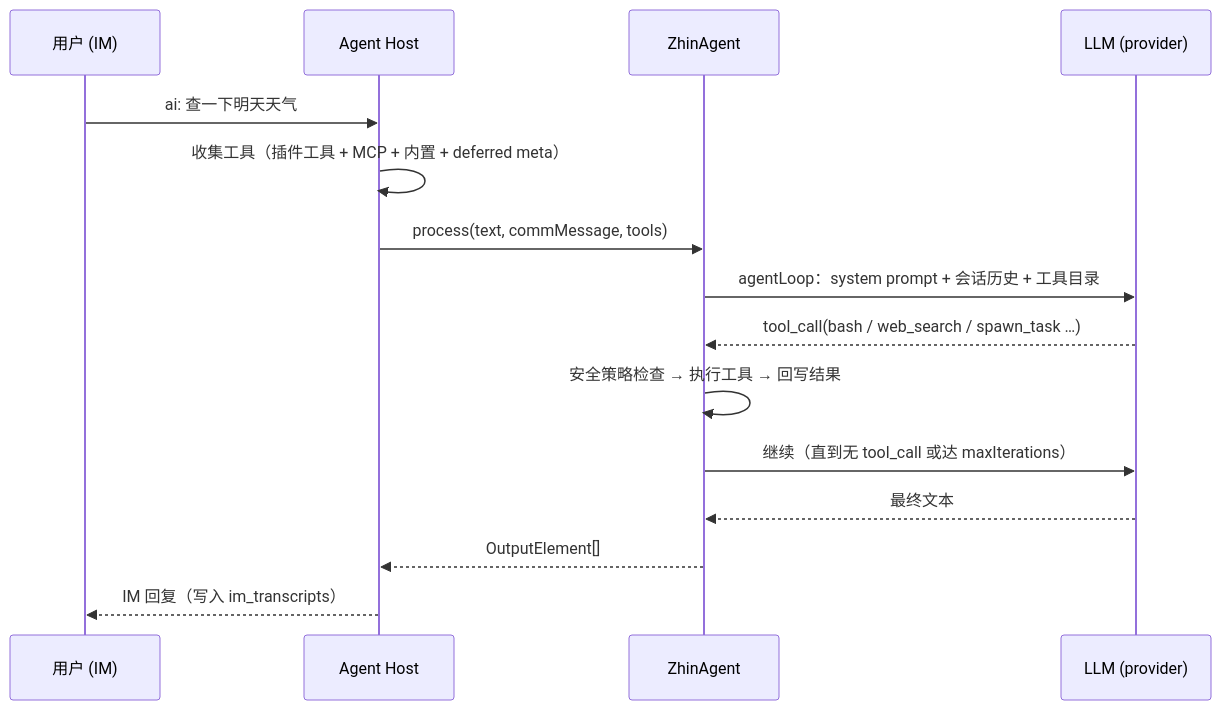
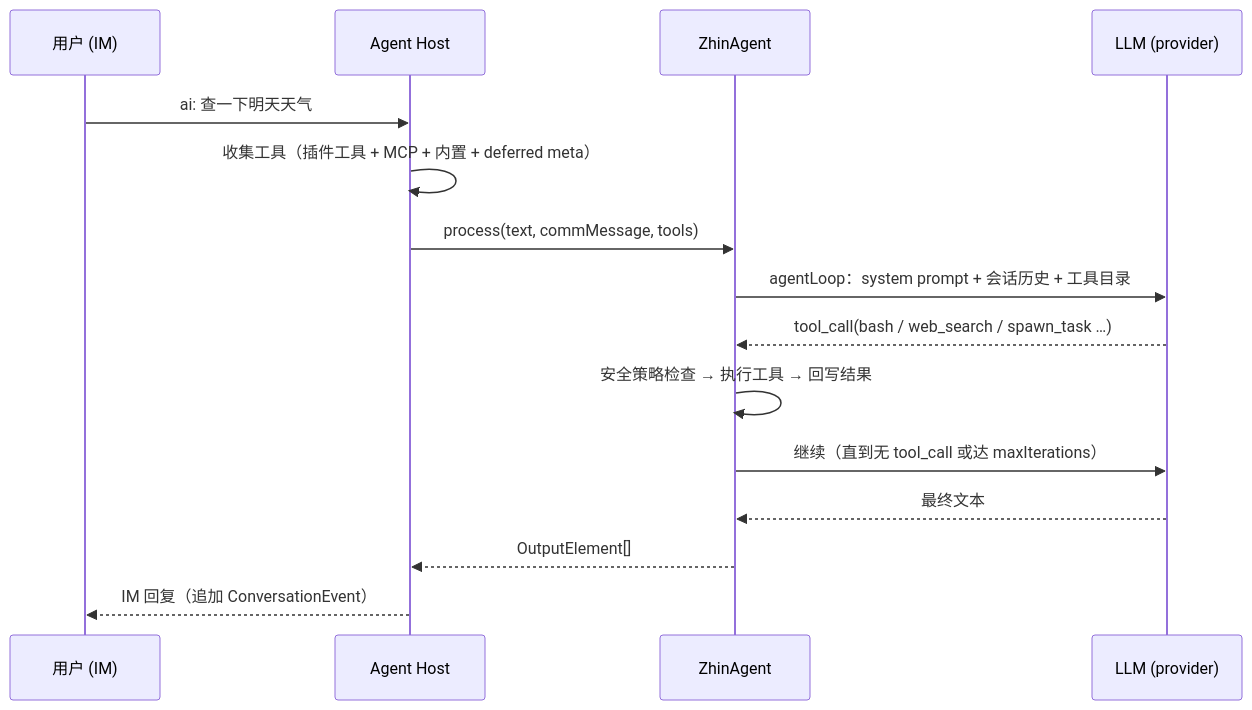
Before and after one commit to zhinjs/zhin: the diagram in docs/ai/agent.md, drawn with Mermaid. The commit also changed other lines of this file and 54 other files, not shown here.

````diff
--- a/docs/ai/agent.md
+++ b/docs/ai/agent.md
@@ -13,17 +13,17 @@
 ```mermaid
 sequenceDiagram
     participant U as 用户 (IM)
     participant H as Agent Host
     participant Z as ZhinAgent
     participant L as LLM (provider)
     U->>H: ai: 查一下明天天气
     H->>H: 收集工具（插件工具 + MCP + 内置 + deferred meta）
     H->>Z: process(text, commMessage, tools)
     Z->>L: agentLoop：system prompt + 会话历史 + 工具目录
     L-->>Z: tool_call(bash / web_search / spawn_task …)
     Z->>Z: 安全策略检查 → 执行工具 → 回写结果
     Z->>L: 继续（直到无 tool_call 或达 maxIterations）
     L-->>Z: 最终文本
     Z-->>H: OutputElement[]
-    H-->>U: IM 回复（写入 im_transcripts）
+    H-->>U: IM 回复（追加 ConversationEvent）
 ```
````
